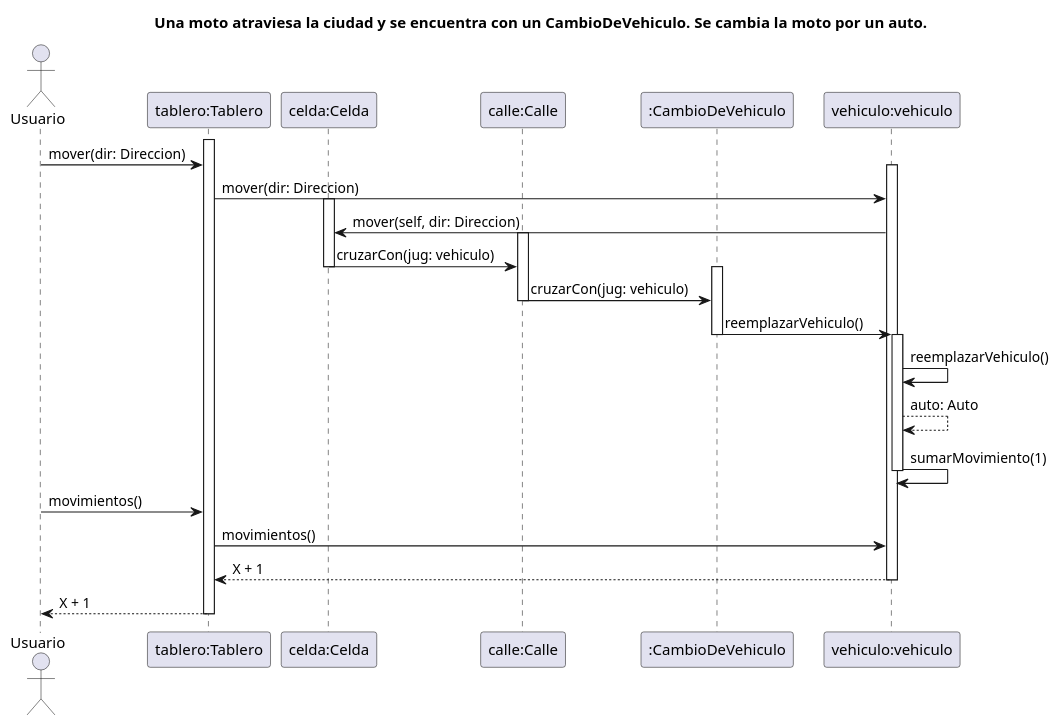
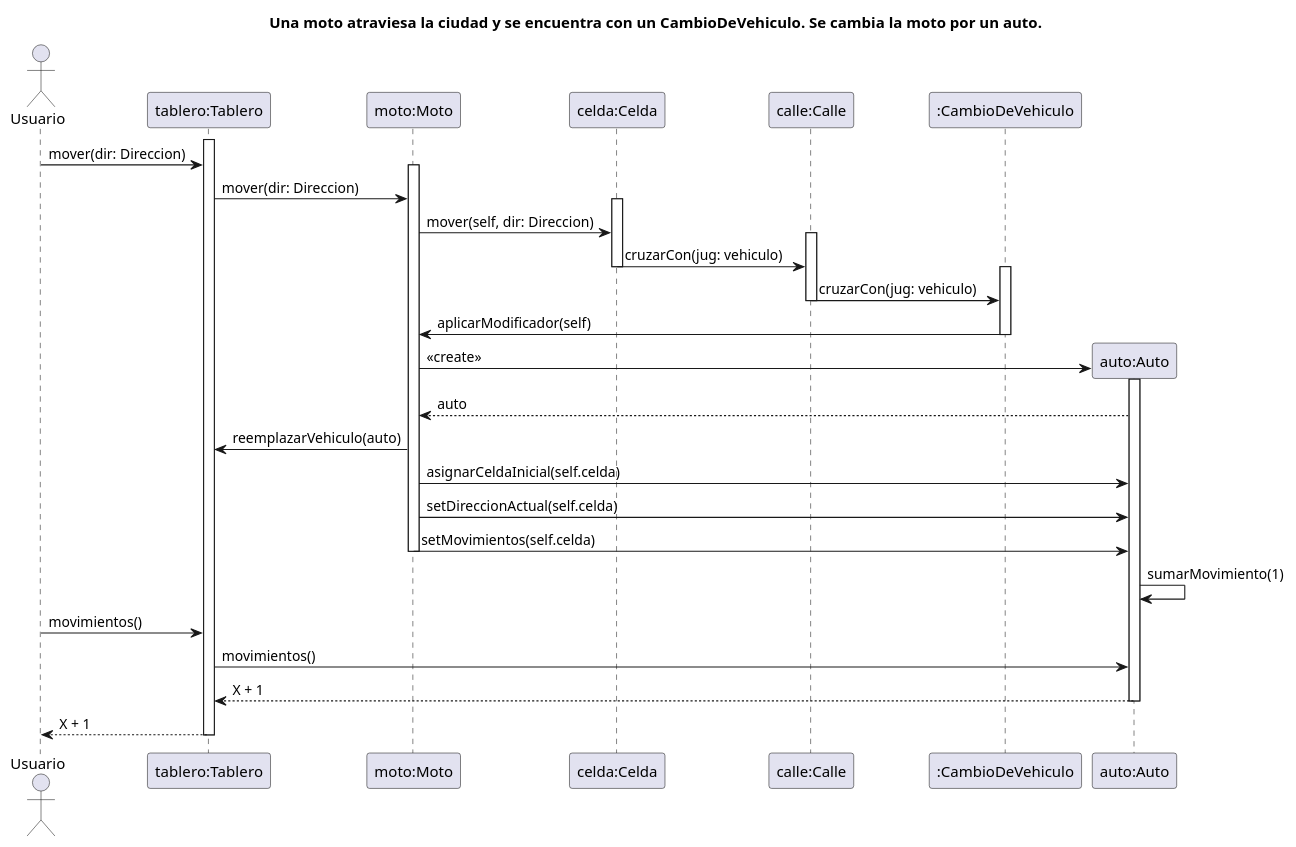
Before and after one commit to emtello/algo3_tp2_1C2022: the diagram in diagrams/sequences/SecuenciaMotoCambiaVehiculo/SecuenciaMotoCambiaVehiculo.puml, drawn with PlantUML. The commit also changed 23 other files, not shown here.

Commit message:
Actualización de todos los diagramas de secuencia

```diff
--- a/diagrams/sequences/SecuenciaMotoCambiaVehiculo/SecuenciaMotoCambiaVehiculo.puml
+++ b/diagrams/sequences/SecuenciaMotoCambiaVehiculo/SecuenciaMotoCambiaVehiculo.puml
@@ -1,64 +1,70 @@
 @startuml SecuenciaMotoCambiaVehiculo
 ' Caso de uso 
 ' Una moto atraviesa la ciudad y se encuentra con un CambioDeVehiculo. Se cambia la moto por un auto.
 
 title Una moto atraviesa la ciudad y se encuentra con un CambioDeVehiculo. Se cambia la moto por un auto.
 
 Actor Usuario as user
 participant "tablero:Tablero" as tablero
-participant "vehiculo:vehiculo" as vehiculo
+participant "moto:Moto" as vehiculo
 participant "celda:Celda" as celda
 participant "calle:Calle" as calle
 participant ":CambioDeVehiculo" as cambioDeVehiculo
-participant "moto:Vehiculo" as vehiculo
-
+participant "auto:Auto" as nuevovehiculo
 
 activate tablero
 
 user -> tablero: mover(dir: Direccion)
 
 activate vehiculo
 
 tablero -> vehiculo: mover(dir: Direccion)
 
 activate celda
 
 vehiculo -> celda: mover(self, dir: Direccion)
 
 activate calle
 
 celda -> calle: cruzarCon(jug: vehiculo)
 
 deactivate celda
 
 activate cambioDeVehiculo
 
 calle -> cambioDeVehiculo: cruzarCon(jug: vehiculo)
 
 deactivate calle
 
-cambioDeVehiculo -> vehiculo: reemplazarVehiculo()
+cambioDeVehiculo -> vehiculo: aplicarModificador(self)
+
+create nuevovehiculo
 
 deactivate cambioDeVehiculo
-activate vehiculo
-
-vehiculo -> vehiculo : reemplazarVehiculo()
-
-vehiculo --> vehiculo : auto: Auto 
-
-vehiculo -> vehiculo: sumarMovimiento(1)
+vehiculo -> nuevovehiculo: <<create>>
+activate nuevovehiculo
+nuevovehiculo --> vehiculo: auto
+vehiculo -> tablero: reemplazarVehiculo(auto)
+vehiculo -> nuevovehiculo: asignarCeldaInicial(self.celda)
+vehiculo -> nuevovehiculo: setDireccionActual(self.celda)
+vehiculo -> nuevovehiculo: setMovimientos(self.celda)
 
 deactivate vehiculo
+nuevovehiculo -> nuevovehiculo: sumarMovimiento(1)
+
 
 deactivate celda
 
 user -> tablero: movimientos()
-tablero -> vehiculo: movimientos()
-vehiculo --> tablero: X + 1
-deactivate vehiculo
+
+tablero -> nuevovehiculo: movimientos()
+nuevovehiculo --> tablero: X + 1
+
+deactivate nuevovehiculo
 
 tablero --> user: X + 1
 
 deactivate tablero
 
+
 @enduml
```
